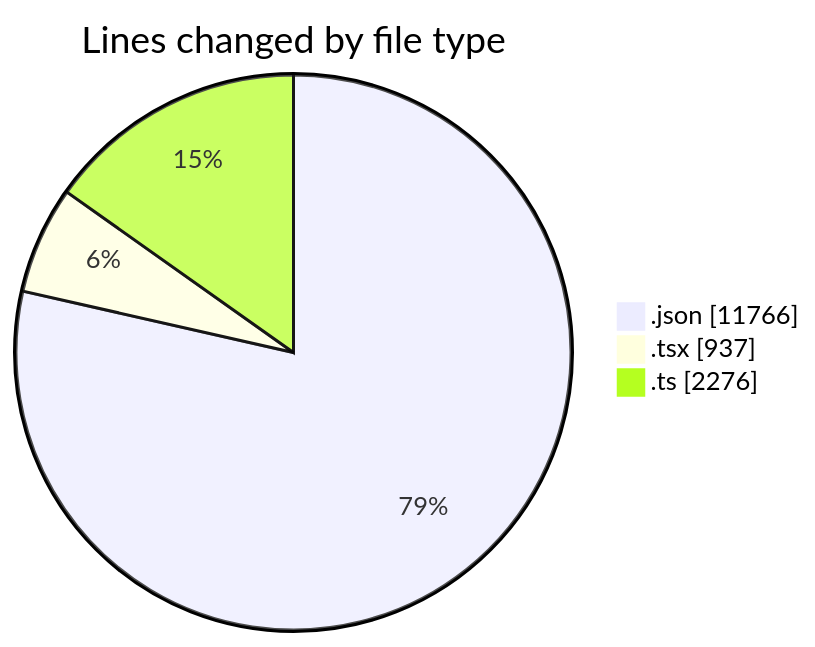
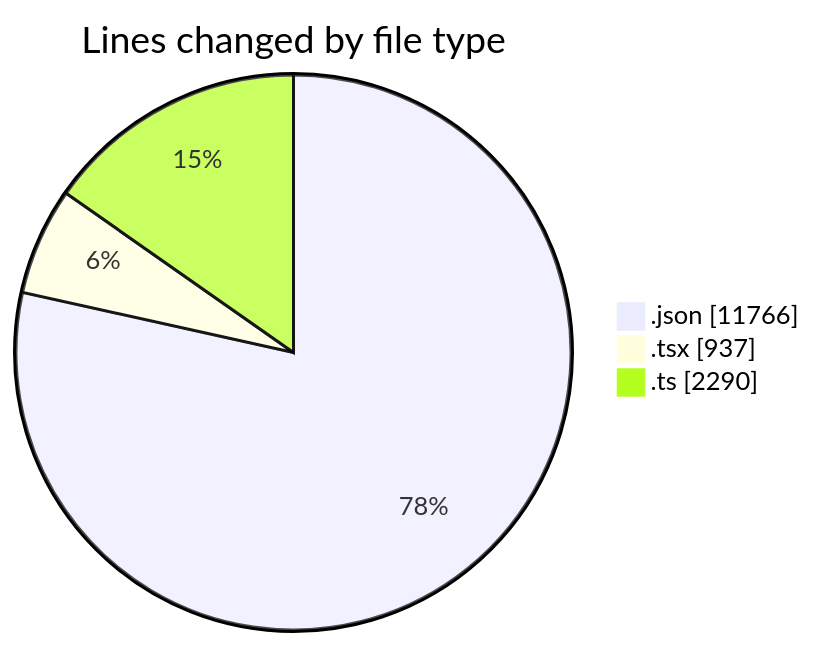
Before and after one commit to nxtqubesakshisongat/code-tracking: the first of 2 diagrams in 2026-04-16/airfeed-analytics-dashboard/README.md, drawn with Mermaid. The commit also changed other lines of this file and 1 other file, not shown here.

````diff
--- a/2026-04-16/airfeed-analytics-dashboard/README.md
+++ b/2026-04-16/airfeed-analytics-dashboard/README.md
@@ -32,7 +32,7 @@
 ```mermaid
 pie showData
 title Lines changed by file type
 ".json" : 11766
 ".tsx" : 937
-".ts" : 2276
+".ts" : 2290
 ```
````
